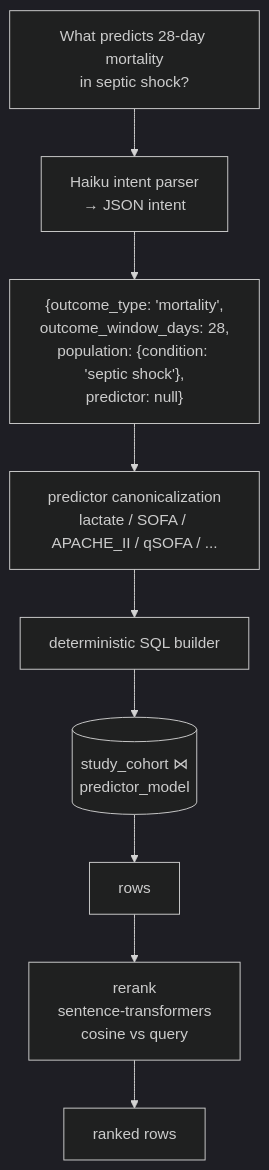
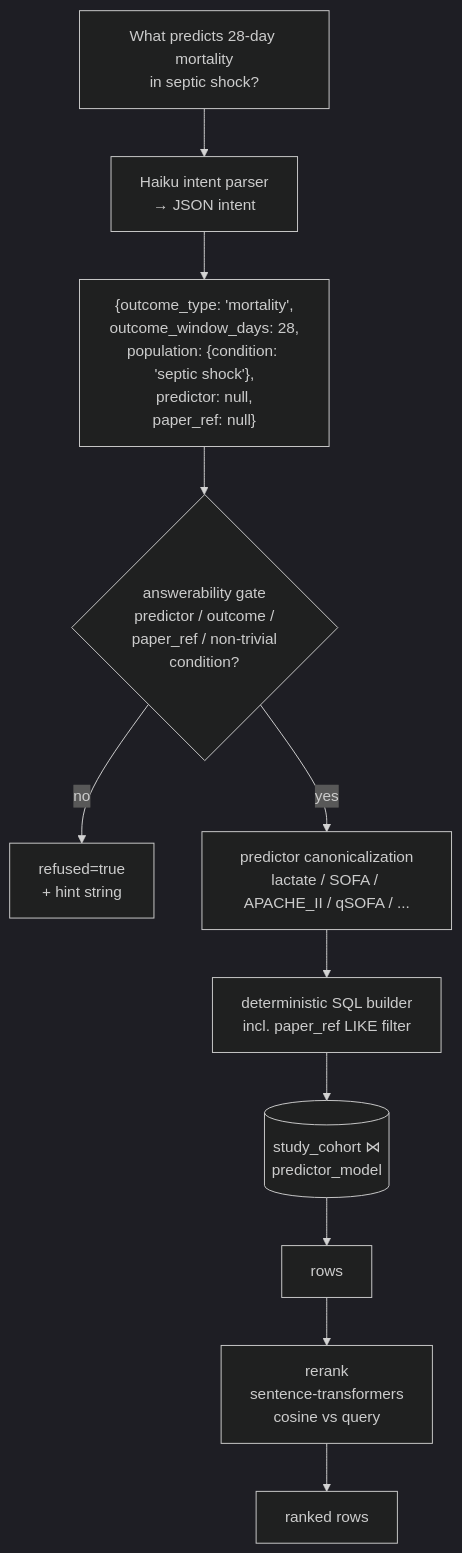
One commit to OrFrederick/SepsisAtlas changed the seventh of 10 diagrams in docs/pipeline.md. Above: the diagram before and after it, drawn with Mermaid (dark theme). The commit also changed other lines of this file and 3 other files, not shown here.

````diff
--- a/docs/pipeline.md
+++ b/docs/pipeline.md
@@ -213,11 +254,13 @@
 ```mermaid
 flowchart TB
     NL["What predicts 28-day mortality<br/>in septic shock?"] --> H[Haiku intent parser<br/>→ JSON intent]
-    H --> J["{outcome_type: 'mortality',<br/>outcome_window_days: 28,<br/>population: {condition: 'septic shock'},<br/>predictor: null}"]
-    J --> CAN[predictor canonicalization<br/>lactate / SOFA / APACHE_II / qSOFA / ...]
-    CAN --> SQL[deterministic SQL builder]
+    H --> J["{outcome_type: 'mortality',<br/>outcome_window_days: 28,<br/>population: {condition: 'septic shock'},<br/>predictor: null,<br/>paper_ref: null}"]
+    J --> GATE{answerability gate<br/>predictor / outcome /<br/>paper_ref / non-trivial<br/>condition?}
+    GATE -->|no| REF[refused=true<br/>+ hint string]
+    GATE -->|yes| CAN[predictor canonicalization<br/>lactate / SOFA / APACHE_II / qSOFA / ...]
+    CAN --> SQL[deterministic SQL builder<br/>incl. paper_ref LIKE filter]
     SQL --> Q[(study_cohort ⋈<br/>predictor_model)]
     Q --> RR[rows]
     RR --> RANK[rerank<br/>sentence-transformers<br/>cosine vs query]
     RANK --> OUT[ranked rows]
 ```
````
